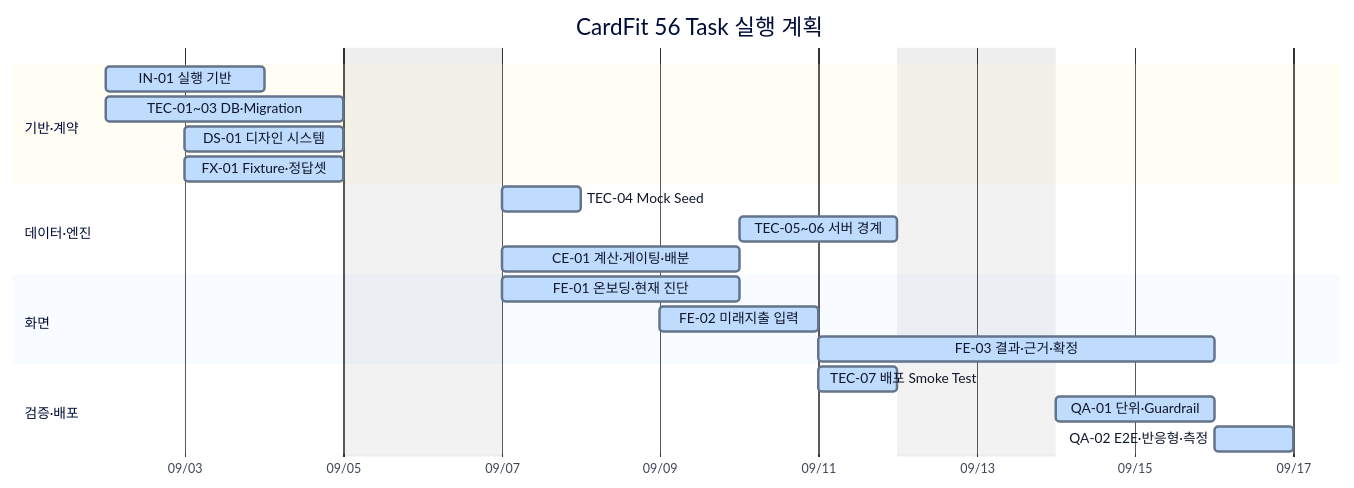
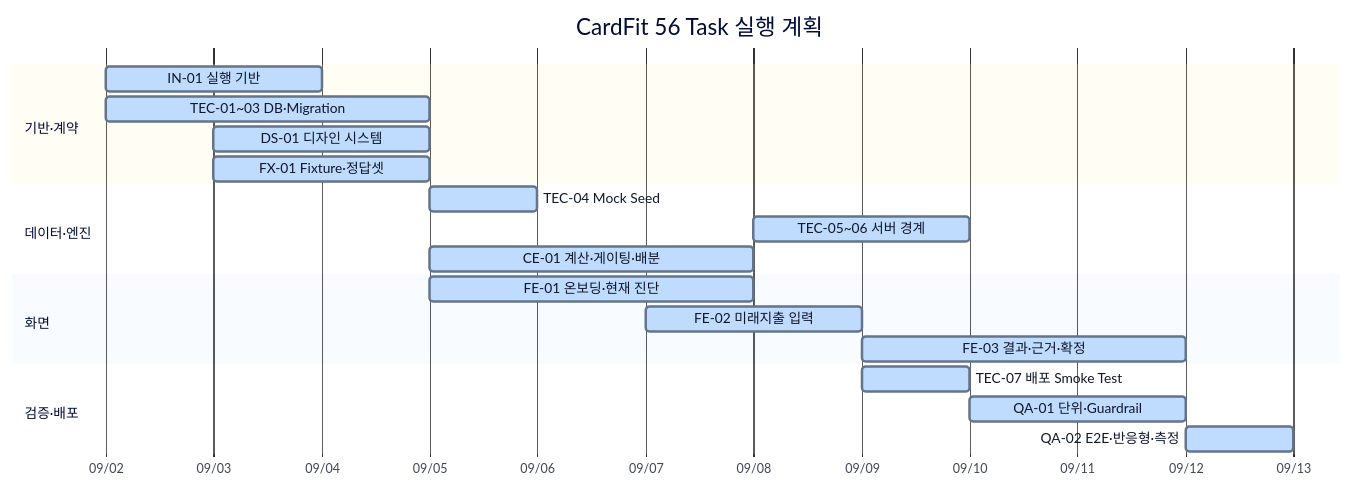
Before and after one commit to maybeaj/cardfit: the second of 3 diagrams in docs/tasks/DEPENDENCY_GANTT.md, drawn with Mermaid. The commit also changed other lines of this file, not shown here.

Commit message:
docs: show full task names in weekend gantt

````diff
--- a/docs/tasks/DEPENDENCY_GANTT.md
+++ b/docs/tasks/DEPENDENCY_GANTT.md
@@ -82,29 +82,28 @@
 ```mermaid
 %%{init: {"theme":"base", "themeVariables": {"primaryColor":"#dbeafe", "primaryTextColor":"#0f172a", "primaryBorderColor":"#64748b", "secondaryColor":"#dcfce7", "tertiaryColor":"#fef3c7", "taskBkgColor":"#bfdbfe", "taskTextColor":"#0f172a", "taskTextOutsideColor":"#0f172a"}}}%%
 gantt
     title CardFit 56 Task 실행 계획
     dateFormat  YYYY-MM-DD
     axisFormat  %m/%d
-    excludes weekends
 
     section 기반·계약
     IN-01 실행 기반                  :in, 2026-09-02, 2d
     TEC-01~03 DB·Migration            :tec1, 2026-09-02, 3d
     DS-01 디자인 시스템               :ds, 2026-09-03, 2d
     FX-01 Fixture·정답셋              :fx, 2026-09-03, 2d
 
     section 데이터·엔진
-    TEC-04 Mock Seed                 :tec4, 2026-09-07, 1d
-    TEC-05~06 서버 경계               :tec56, 2026-09-10, 2d
-    CE-01 계산·게이팅·배분             :ce, 2026-09-07, 3d
+    TEC-04 Mock Seed                 :tec4, 2026-09-05, 1d
+    TEC-05~06 서버 경계               :tec56, 2026-09-08, 2d
+    CE-01 계산·게이팅·배분             :ce, 2026-09-05, 3d
 
     section 화면
-    FE-01 온보딩·현재 진단             :fe1, 2026-09-07, 3d
-    FE-02 미래지출 입력                :fe2, 2026-09-09, 2d
-    FE-03 결과·근거·확정               :fe3, 2026-09-11, 3d
+    FE-01 온보딩·현재 진단             :fe1, 2026-09-05, 3d
+    FE-02 미래지출 입력                :fe2, 2026-09-07, 2d
+    FE-03 결과·근거·확정               :fe3, 2026-09-09, 3d
 
     section 검증·배포
-    TEC-07 배포 Smoke Test            :tec7, 2026-09-11, 1d
-    QA-01 단위·Guardrail               :qa1, 2026-09-14, 2d
-    QA-02 E2E·반응형·측정               :qa2, 2026-09-16, 1d
+    TEC-07 배포 Smoke Test            :tec7, 2026-09-09, 1d
+    QA-01 단위·Guardrail               :qa1, 2026-09-10, 2d
+    QA-02 E2E·반응형·측정               :qa2, 2026-09-12, 1d
 ```
````
